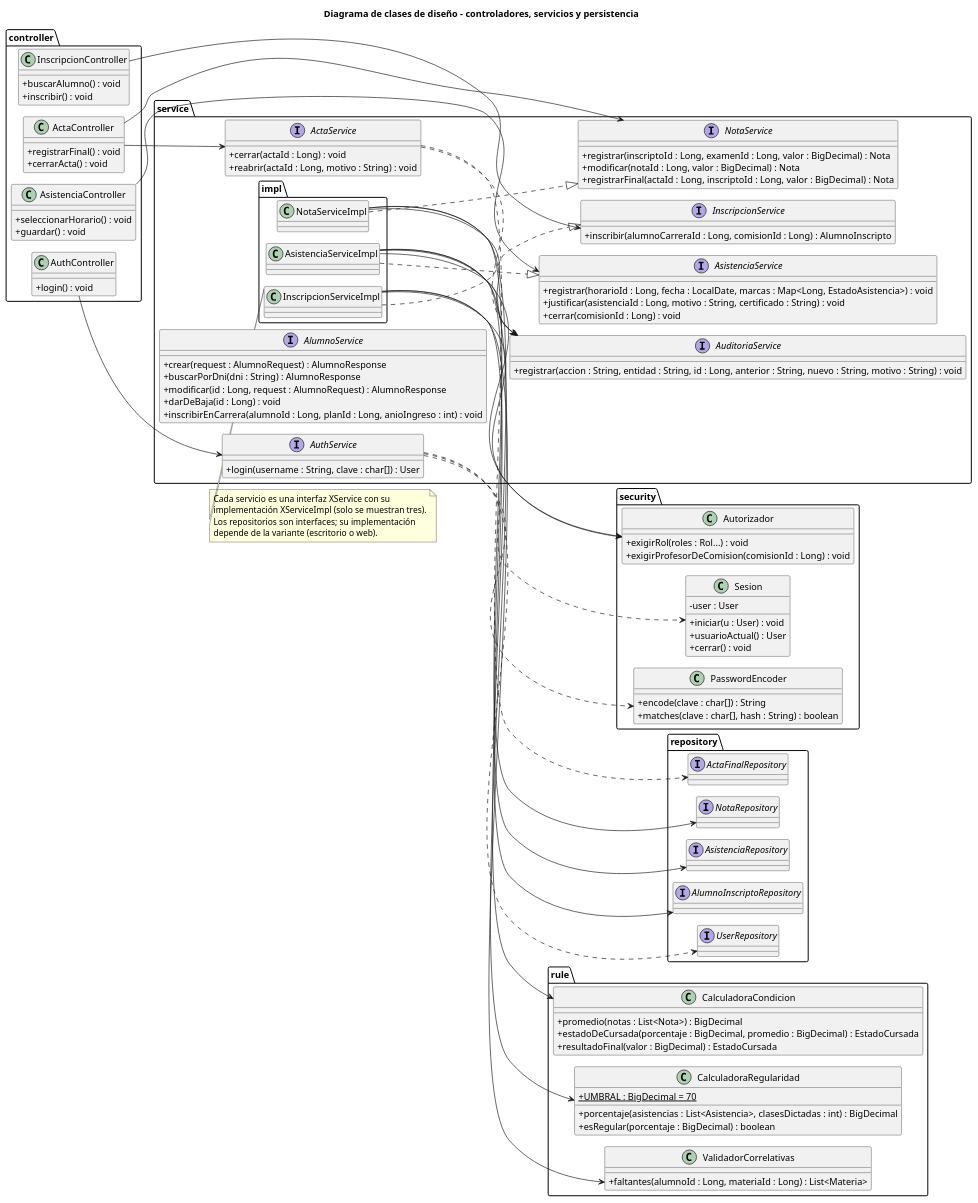
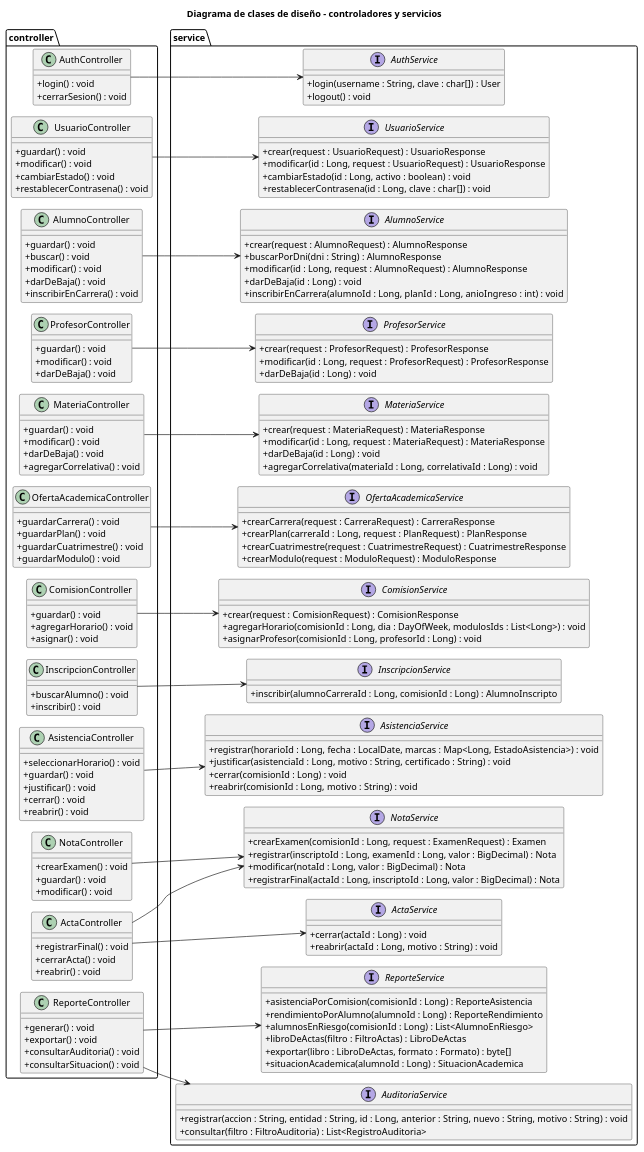
Before and after one commit to ISMAELALTHENOFER/BACKOFFICE-ACADEMICO-ITEC-N-1: the diagram in document/diagramas/07-clases-diseno.puml, drawn with PlantUML. The commit also changed 121 other files, not shown here.

First line of the commit message:
docs: completar casos de uso, diagramas de secuencia, contratos e historias de usuario

```diff
--- a/document/diagramas/07-clases-diseno.puml
+++ b/document/diagramas/07-clases-diseno.puml
@@ -1,136 +1,164 @@
 @startuml clases-diseno
 !pragma layout smetana
 skinparam shadowing false
 skinparam classAttributeIconSize 0
-title Diagrama de clases de diseño - controladores, servicios y persistencia
+title Diagrama de clases de diseño - controladores y servicios
 left to right direction
 
 package "controller" {
   class AuthController {
     + login() : void
+    + cerrarSesion() : void
+  }
+  class UsuarioController {
+    + guardar() : void
+    + modificar() : void
+    + cambiarEstado() : void
+    + restablecerContrasena() : void
+  }
+  class AlumnoController {
+    + guardar() : void
+    + buscar() : void
+    + modificar() : void
+    + darDeBaja() : void
+    + inscribirEnCarrera() : void
+  }
+  class ProfesorController {
+    + guardar() : void
+    + modificar() : void
+    + darDeBaja() : void
+  }
+  class MateriaController {
+    + guardar() : void
+    + modificar() : void
+    + darDeBaja() : void
+    + agregarCorrelativa() : void
+  }
+  class OfertaAcademicaController {
+    + guardarCarrera() : void
+    + guardarPlan() : void
+    + guardarCuatrimestre() : void
+    + guardarModulo() : void
+  }
+  class ComisionController {
+    + guardar() : void
+    + agregarHorario() : void
+    + asignar() : void
   }
   class InscripcionController {
     + buscarAlumno() : void
     + inscribir() : void
   }
   class AsistenciaController {
     + seleccionarHorario() : void
     + guardar() : void
+    + justificar() : void
+    + cerrar() : void
+    + reabrir() : void
+  }
+  class NotaController {
+    + crearExamen() : void
+    + guardar() : void
+    + modificar() : void
   }
   class ActaController {
     + registrarFinal() : void
     + cerrarActa() : void
+    + reabrir() : void
   }
-}
-
-package "security" {
-  class Sesion {
-    - user : User
-    + iniciar(u : User) : void
-    + usuarioActual() : User
-    + cerrar() : void
-  }
-  class PasswordEncoder {
-    + encode(clave : char[]) : String
-    + matches(clave : char[], hash : String) : boolean
-  }
-  class Autorizador {
-    + exigirRol(roles : Rol...) : void
-    + exigirProfesorDeComision(comisionId : Long) : void
+  class ReporteController {
+    + generar() : void
+    + exportar() : void
+    + consultarAuditoria() : void
+    + consultarSituacion() : void
   }
 }
 
 package "service" {
   interface AuthService {
     + login(username : String, clave : char[]) : User
+    + logout() : void
+  }
+  interface UsuarioService {
+    + crear(request : UsuarioRequest) : UsuarioResponse
+    + modificar(id : Long, request : UsuarioRequest) : UsuarioResponse
+    + cambiarEstado(id : Long, activo : boolean) : void
+    + restablecerContrasena(id : Long, clave : char[]) : void
   }
   interface AlumnoService {
     + crear(request : AlumnoRequest) : AlumnoResponse
     + buscarPorDni(dni : String) : AlumnoResponse
     + modificar(id : Long, request : AlumnoRequest) : AlumnoResponse
     + darDeBaja(id : Long) : void
     + inscribirEnCarrera(alumnoId : Long, planId : Long, anioIngreso : int) : void
   }
+  interface ProfesorService {
+    + crear(request : ProfesorRequest) : ProfesorResponse
+    + modificar(id : Long, request : ProfesorRequest) : ProfesorResponse
+    + darDeBaja(id : Long) : void
+  }
+  interface MateriaService {
+    + crear(request : MateriaRequest) : MateriaResponse
+    + modificar(id : Long, request : MateriaRequest) : MateriaResponse
+    + darDeBaja(id : Long) : void
+    + agregarCorrelativa(materiaId : Long, correlativaId : Long) : void
+  }
+  interface OfertaAcademicaService {
+    + crearCarrera(request : CarreraRequest) : CarreraResponse
+    + crearPlan(carreraId : Long, request : PlanRequest) : PlanResponse
+    + crearCuatrimestre(request : CuatrimestreRequest) : CuatrimestreResponse
+    + crearModulo(request : ModuloRequest) : ModuloResponse
+  }
+  interface ComisionService {
+    + crear(request : ComisionRequest) : ComisionResponse
+    + agregarHorario(comisionId : Long, dia : DayOfWeek, modulosIds : List<Long>) : void
+    + asignarProfesor(comisionId : Long, profesorId : Long) : void
+  }
   interface InscripcionService {
     + inscribir(alumnoCarreraId : Long, comisionId : Long) : AlumnoInscripto
   }
   interface AsistenciaService {
     + registrar(horarioId : Long, fecha : LocalDate, marcas : Map<Long, EstadoAsistencia>) : void
     + justificar(asistenciaId : Long, motivo : String, certificado : String) : void
     + cerrar(comisionId : Long) : void
+    + reabrir(comisionId : Long, motivo : String) : void
   }
   interface NotaService {
+    + crearExamen(comisionId : Long, request : ExamenRequest) : Examen
     + registrar(inscriptoId : Long, examenId : Long, valor : BigDecimal) : Nota
     + modificar(notaId : Long, valor : BigDecimal) : Nota
     + registrarFinal(actaId : Long, inscriptoId : Long, valor : BigDecimal) : Nota
   }
   interface ActaService {
     + cerrar(actaId : Long) : void
     + reabrir(actaId : Long, motivo : String) : void
   }
+  interface ReporteService {
+    + asistenciaPorComision(comisionId : Long) : ReporteAsistencia
+    + rendimientoPorAlumno(alumnoId : Long) : ReporteRendimiento
+    + alumnosEnRiesgo(comisionId : Long) : List<AlumnoEnRiesgo>
+    + libroDeActas(filtro : FiltroActas) : LibroDeActas
+    + exportar(libro : LibroDeActas, formato : Formato) : byte[]
+    + situacionAcademica(alumnoId : Long) : SituacionAcademica
+  }
   interface AuditoriaService {
     + registrar(accion : String, entidad : String, id : Long, anterior : String, nuevo : String, motivo : String) : void
+    + consultar(filtro : FiltroAuditoria) : List<RegistroAuditoria>
   }
 }
 
-package "service.impl" {
-  class InscripcionServiceImpl
-  class AsistenciaServiceImpl
-  class NotaServiceImpl
-}
-
-package "rule" {
-  class CalculadoraRegularidad {
-    + {static} UMBRAL : BigDecimal = 70
-    + porcentaje(asistencias : List<Asistencia>, clasesDictadas : int) : BigDecimal
-    + esRegular(porcentaje : BigDecimal) : boolean
-  }
-  class CalculadoraCondicion {
-    + promedio(notas : List<Nota>) : BigDecimal
-    + estadoDeCursada(porcentaje : BigDecimal, promedio : BigDecimal) : EstadoCursada
-    + resultadoFinal(valor : BigDecimal) : EstadoCursada
-  }
-  class ValidadorCorrelativas {
-    + faltantes(alumnoId : Long, materiaId : Long) : List<Materia>
-  }
-}
-
-package "repository" {
-  interface UserRepository
-  interface AlumnoInscriptoRepository
-  interface AsistenciaRepository
-  interface NotaRepository
-  interface ActaFinalRepository
-}
-
 AuthController --> AuthService
+UsuarioController --> UsuarioService
+AlumnoController --> AlumnoService
+ProfesorController --> ProfesorService
+MateriaController --> MateriaService
+OfertaAcademicaController --> OfertaAcademicaService
+ComisionController --> ComisionService
 InscripcionController --> InscripcionService
 AsistenciaController --> AsistenciaService
+NotaController --> NotaService
 ActaController --> NotaService
 ActaController --> ActaService
-AuthService ..> PasswordEncoder
-AuthService ..> Sesion
-AuthService ..> UserRepository
-InscripcionServiceImpl ..|> InscripcionService
-AsistenciaServiceImpl ..|> AsistenciaService
-NotaServiceImpl ..|> NotaService
-InscripcionServiceImpl --> Autorizador
-InscripcionServiceImpl --> ValidadorCorrelativas
-InscripcionServiceImpl --> AlumnoInscriptoRepository
-AsistenciaServiceImpl --> Autorizador
-AsistenciaServiceImpl --> CalculadoraRegularidad
-AsistenciaServiceImpl --> AsistenciaRepository
-AsistenciaServiceImpl --> AuditoriaService
-NotaServiceImpl --> CalculadoraCondicion
-NotaServiceImpl --> NotaRepository
-NotaServiceImpl --> AuditoriaService
-ActaService ..> ActaFinalRepository
-ActaService ..> AuditoriaService
-
-note bottom of InscripcionServiceImpl
-  Cada servicio es una interfaz XService con su
-  implementación XServiceImpl (solo se muestran tres).
-  Los repositorios son interfaces; su implementación
-  depende de la variante (escritorio o web).
-end note
+ReporteController --> ReporteService
+ReporteController --> AuditoriaService
 @enduml
```
